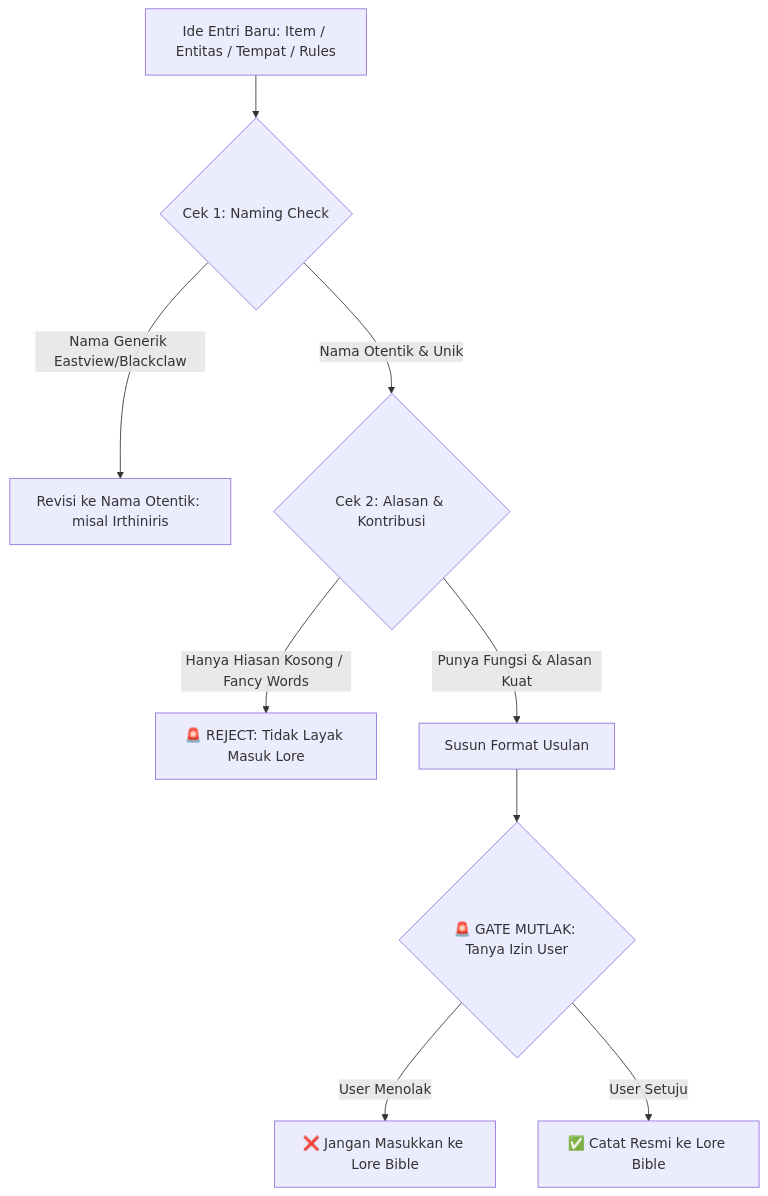
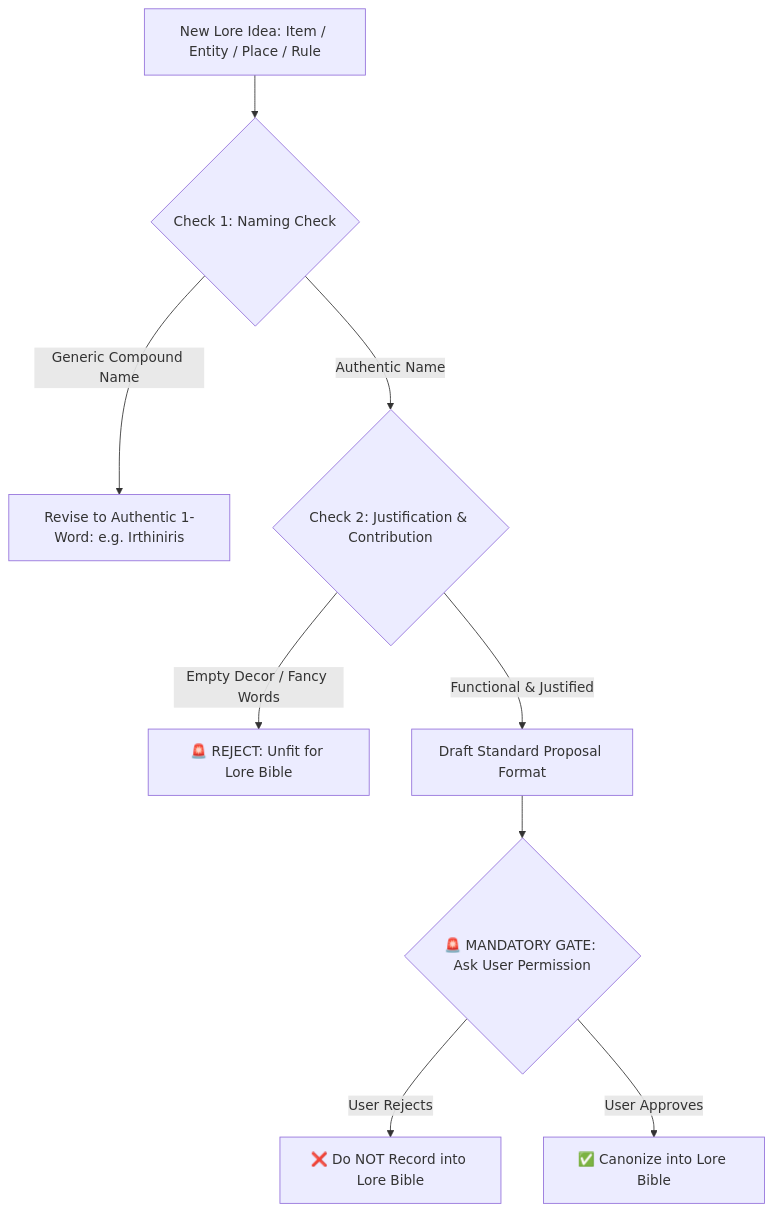
The diagram in lore_bible_creation/LORE_BIBLE_GUIDE_AND_AUDIT.md (dwianggororeal/detailed-novel-agent-skill), drawn with Mermaid before and after one commit. The commit also changed other lines of this file and 57 other files, not shown here.

````diff
--- a/lore_bible_creation/LORE_BIBLE_GUIDE_AND_AUDIT.md
+++ b/lore_bible_creation/LORE_BIBLE_GUIDE_AND_AUDIT.md
@@ -59,11 +59,11 @@
 ```mermaid
 graph TD
-    A[Ide Entri Baru: Item / Entitas / Tempat / Rules] --> B{Cek 1: Naming Check}
-    B -->|Nama Generik Eastview/Blackclaw| C[Revisi ke Nama Otentik: misal Irthiniris]
-    B -->|Nama Otentik & Unik| D{Cek 2: Alasan & Kontribusi}
-    D -->|Hanya Hiasan Kosong / Fancy Words| E[🚨 REJECT: Tidak Layak Masuk Lore]
-    D -->|Punya Fungsi & Alasan Kuat| F[Susun Format Usulan]
-    F --> G{🚨 GATE MUTLAK: Tanya Izin User}
-    G -->|User Menolak| H[❌ Jangan Masukkan ke Lore Bible]
-    G -->|User Setuju| I[✅ Catat Resmi ke Lore Bible]
+    A[New Lore Idea: Item / Entity / Place / Rule] --> B{Check 1: Naming Check}
+    B -->|Generic Compound Name| C[Revise to Authentic 1-Word: e.g. Irthiniris]
+    B -->|Authentic Name| D{Check 2: Justification & Contribution}
+    D -->|Empty Decor / Fancy Words| E[🚨 REJECT: Unfit for Lore Bible]
+    D -->|Functional & Justified| F[Draft Standard Proposal Format]
+    F --> G{🚨 MANDATORY GATE: Ask User Permission}
+    G -->|User Rejects| H[❌ Do NOT Record into Lore Bible]
+    G -->|User Approves| I[✅ Canonize into Lore Bible]
 ```
````
